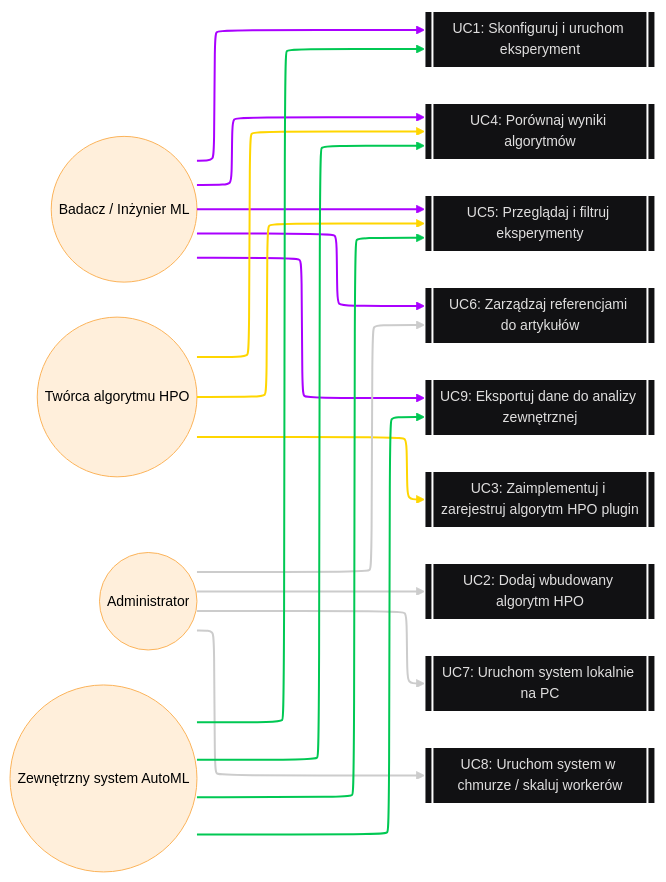
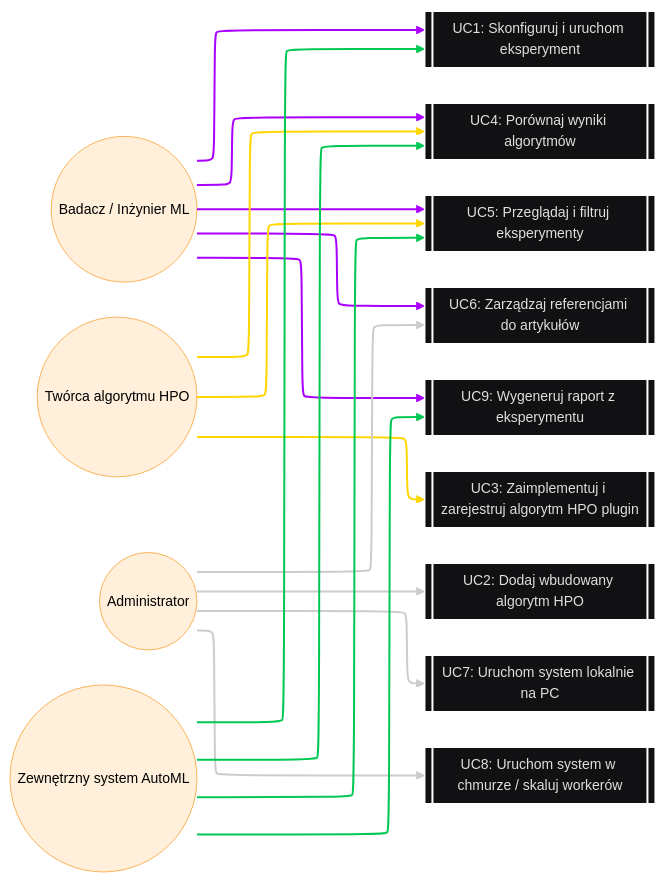
The fourth of 34 diagrams in docs/system_c4_architecture.md (jedrzejpolaczek/aviarium.corvidae.corvus_corone), drawn with Mermaid before and after one commit. The commit also changed other lines of this file, not shown here.

````diff
--- a/docs/system_c4_architecture.md
+++ b/docs/system_c4_architecture.md
@@ -749,33 +630,33 @@
 ```mermaid
 ---
 config:
   layout: elk
   theme: redux-dark
 ---
 flowchart LR
-    A1(("Badacz / Inżynier ML")) --> UC1[["UC1: Skonfiguruj i uruchom eksperyment"]] & UC4[["UC4: Porównaj wyniki algorytmów"]] & UC5[["UC5: Przeglądaj i filtruj eksperymenty"]] & UC6[["UC6: Zarządzaj referencjami do artykułów"]] & UC9[["UC9: Eksportuj dane do analizy zewnętrznej"]]
+    A1(("Badacz / Inżynier ML")) --> UC1[["UC1: Skonfiguruj i uruchom eksperyment"]] & UC4[["UC4: Porównaj wyniki algorytmów"]] & UC5[["UC5: Przeglądaj i filtruj eksperymenty"]] & UC6[["UC6: Zarządzaj referencjami do artykułów"]] & UC9[["UC9: Wygeneruj raport z eksperymentu"]]
     A2(("Twórca algorytmu HPO")) --> UC3[["UC3: Zaimplementuj i zarejestruj algorytm HPO plugin"]] & UC4 & UC5
     A3(("Administrator")) --> UC2[["UC2: Dodaj wbudowany algorytm HPO"]] & UC6 & UC7[["UC7: Uruchom system lokalnie na PC"]] & UC8[["UC8: Uruchom system w chmurze / skaluj workerów"]]
     A4(("Zewnętrzny system AutoML")) --> UC1 & UC4 & UC5 & UC9
      A1:::Peach
      A2:::Peach
      A3:::Peach
      A4:::Peach
     classDef Peach stroke-width:1px, stroke-dasharray:none, stroke:#FBB35A, fill:#FFEFDB, color:#8F632D
     style A1 color:#000000
     style A2 color:#000000
     style A3 color:#000000
     style A4 color:#000000
     linkStyle 0 stroke:#AA00FF,fill:none
     linkStyle 1 stroke:#AA00FF,fill:none
     linkStyle 2 stroke:#AA00FF,fill:none
     linkStyle 3 stroke:#AA00FF
     linkStyle 4 stroke:#AA00FF,fill:none
     linkStyle 5 stroke:#FFD600,fill:none
     linkStyle 6 stroke:#FFD600,fill:none
     linkStyle 7 stroke:#FFD600,fill:none
     linkStyle 12 stroke:#00C853,fill:none
     linkStyle 13 stroke:#00C853,fill:none
     linkStyle 14 stroke:#00C853,fill:none
     linkStyle 15 stroke:#00C853,fill:none
 ```
````
